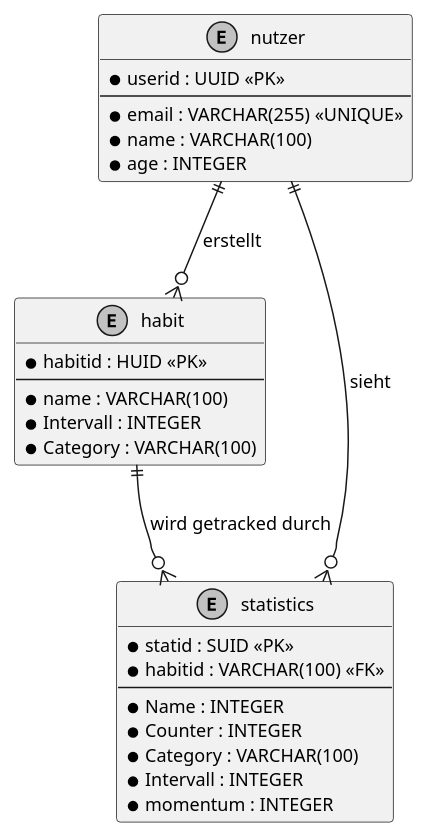
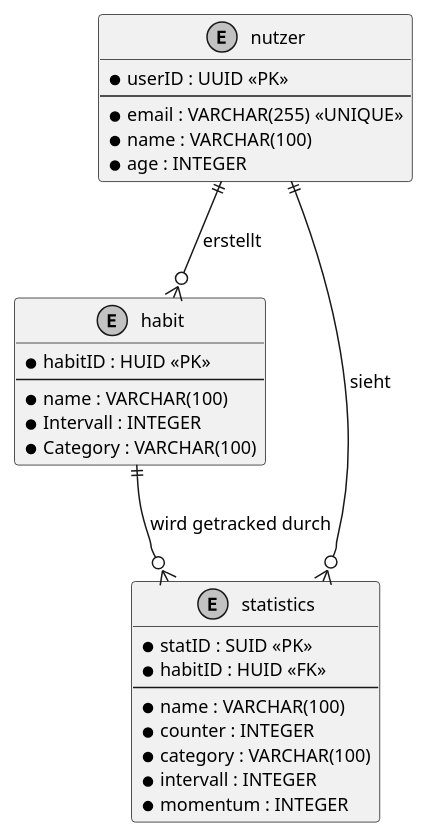
One commit to nac1dy/Habit-Tracker changed the fifth of 5 diagrams in docs/technical/design.adoc. Above: the diagram before and after it, drawn with PlantUML. The commit also changed other lines of this file and 1 other file, not shown here.

```diff
--- a/docs/technical/design.adoc
+++ b/docs/technical/design.adoc
@@ -243,41 +244,41 @@
 [plantuml, data-model, svg]
 ....
 @startuml
 skinparam monochrome true
 skinparam defaultFontSize 12
 
 entity "nutzer" as user {
-  * userid : UUID <<PK>>
+  * userID : UUID <<PK>>
   --
   * email : VARCHAR(255) <<UNIQUE>>
   * name : VARCHAR(100)
   * age : INTEGER
 }
 
 entity "habit" as habit {
-  * habitid : HUID <<PK>>
+  * habitID : HUID <<PK>>
   --
   * name : VARCHAR(100)
   * Intervall : INTEGER
   * Category : VARCHAR(100)
 }
 
 entity "statistics" as stats {
-  * statid : SUID <<PK>>
-  * habitid : VARCHAR(100) <<FK>>
+  * statID : SUID <<PK>>
+  * habitID : HUID <<FK>>
   --
-  * Name : INTEGER
-  * Counter : INTEGER
-  * Category : VARCHAR(100)
-  * Intervall : INTEGER
+  * name : VARCHAR(100)
+  * counter : INTEGER
+  * category : VARCHAR(100)
+  * intervall : INTEGER
   * momentum : INTEGER
 }
 
 
 user ||--o{ habit : "erstellt"
 habit ||--o{ stats : "wird getracked durch"
 user ||--o{ stats : "sieht"
 
 
 @enduml
 ....
```
